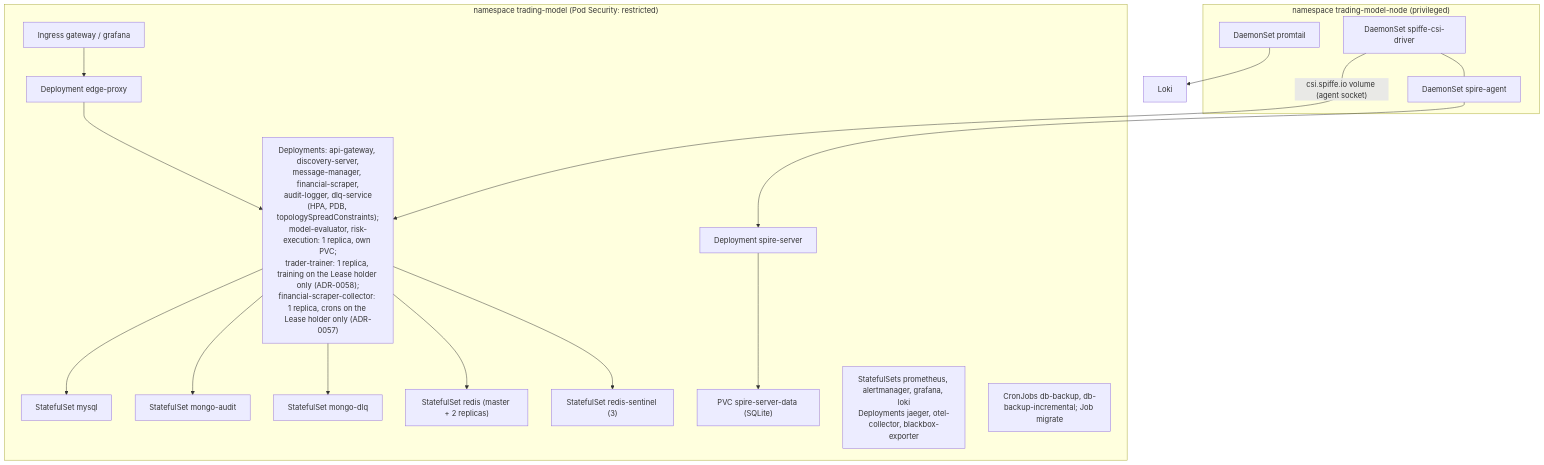
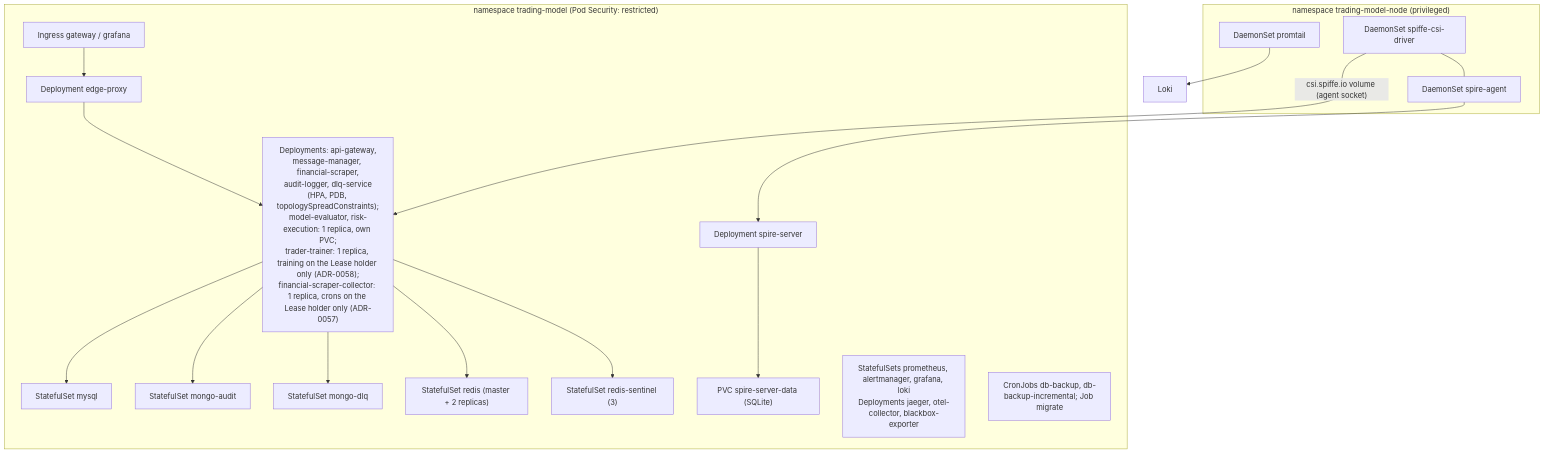
The third of 4 diagrams in docs/architecture/system-overview.md (docteur-turboss/trading-model), drawn with Mermaid before and after one commit. The commit also changed other lines of this file and 324 other files, not shown here.

First line of the commit message:
:recycle:(discovery-server): release N+1 of retiring discovery-server, forward /v<major> and drop registration (#1208) (#1799)

````diff
--- a/docs/architecture/system-overview.md
+++ b/docs/architecture/system-overview.md
@@ -93,24 +89,24 @@
 ```mermaid
 flowchart TB
   subgraph tm["namespace trading-model (Pod Security: restricted)"]
     ing["Ingress gateway / grafana"] --> edge["Deployment edge-proxy"]
-    edge --> svc["Deployments: api-gateway, discovery-server,<br/>message-manager, financial-scraper,<br/>audit-logger, dlq-service<br/>(HPA, PDB, topologySpreadConstraints);<br/>model-evaluator, risk-execution: 1 replica, own PVC;<br/>trader-trainer: 1 replica, training on the Lease holder only (ADR-0058);<br/>financial-scraper-collector: 1 replica, crons on the Lease holder only (ADR-0057)"]
+    edge --> svc["Deployments: api-gateway,<br/>message-manager, financial-scraper,<br/>audit-logger, dlq-service<br/>(HPA, PDB, topologySpreadConstraints);<br/>model-evaluator, risk-execution: 1 replica, own PVC;<br/>trader-trainer: 1 replica, training on the Lease holder only (ADR-0058);<br/>financial-scraper-collector: 1 replica, crons on the Lease holder only (ADR-0057)"]
     svc --> mysql["StatefulSet mysql"]
     svc --> mA["StatefulSet mongo-audit"]
     svc --> mD["StatefulSet mongo-dlq"]
     svc --> rd["StatefulSet redis (master + 2 replicas)"]
     svc --> rs["StatefulSet redis-sentinel (3)"]
     ss["Deployment spire-server"] --> sspvc["PVC spire-server-data (SQLite)"]
     obs["StatefulSets prometheus, alertmanager, grafana, loki<br/>Deployments jaeger, otel-collector, blackbox-exporter"]
     jobs["CronJobs db-backup, db-backup-incremental; Job migrate"]
   end
   subgraph node["namespace trading-model-node (privileged)"]
     agent["DaemonSet spire-agent"]
     csi["DaemonSet spiffe-csi-driver"]
     pt["DaemonSet promtail"]
   end
   csi -->|"csi.spiffe.io volume (agent socket)"| svc
   agent --> ss
   csi --- agent
   pt --> loki["Loki"]
 ```
````
